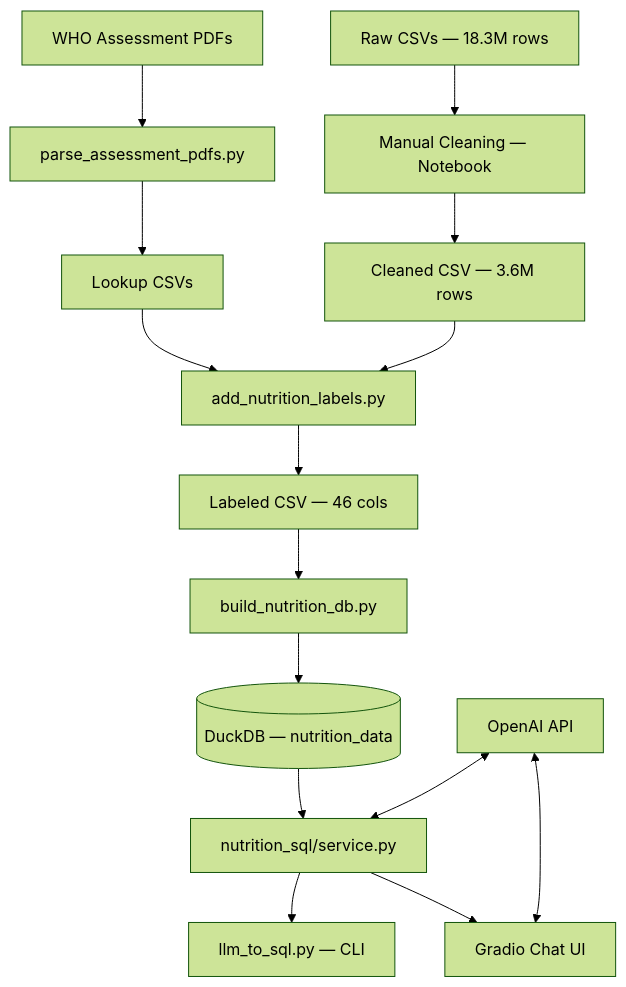
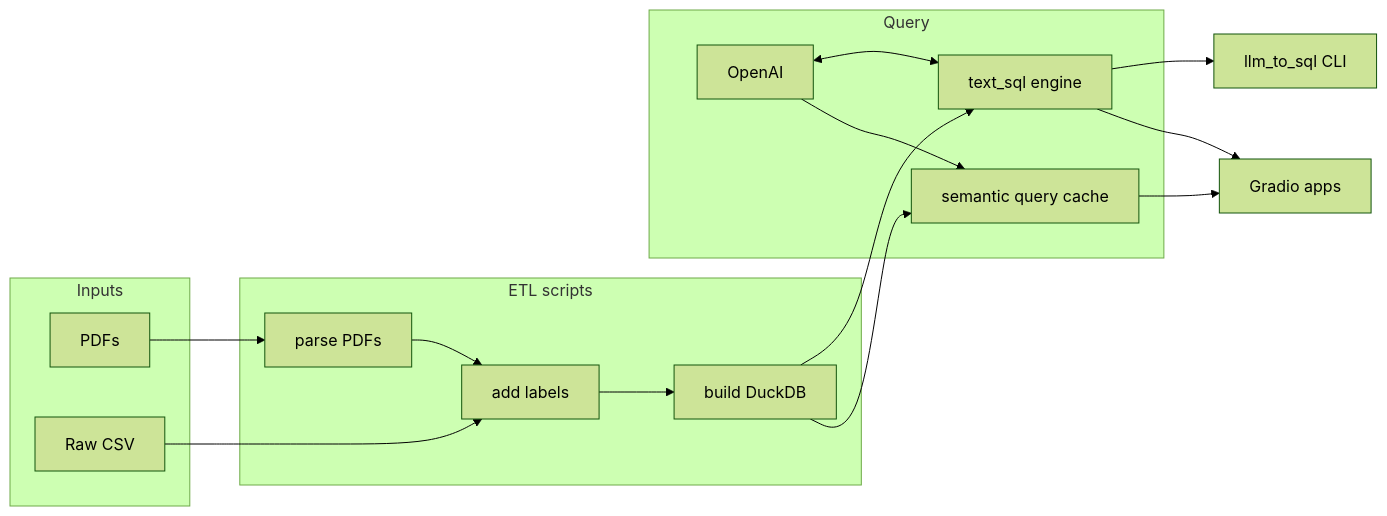
One commit to Hrsh-12/talk2data changed the diagram in docs/Codebase.md. Above: the diagram before and after it, drawn with Mermaid (forest theme). The commit also changed other lines of this file and 45 other files, not shown here.

````diff
--- a/docs/Codebase.md
+++ b/docs/Codebase.md
@@ -113,17 +92,28 @@
 ```mermaid
-flowchart TD
-    A[WHO Assessment PDFs] --> B[parse_assessment_pdfs.py]
-    B --> C[Lookup CSVs]
-    D[Raw CSVs — 18.3M rows] --> E[Manual Cleaning — Notebook]
-    E --> F[Cleaned CSV — 3.6M rows]
-    C --> G[add_nutrition_labels.py]
-    F --> G
-    G --> H[Labeled CSV — 46 cols]
-    H --> I[build_nutrition_db.py]
-    I --> J[(DuckDB — nutrition_data)]
-    J --> K[nutrition_sql/service.py]
-    L[OpenAI API] <--> K
-    K --> M[llm_to_sql.py — CLI]
-    K --> N[Gradio Chat UI]
-    L <--> N
+flowchart LR
+  subgraph inputs [Inputs]
+    PDFs[PDFs]
+    Raw[Raw CSV]
+  end
+  subgraph etl [ETL scripts]
+    S1[parse PDFs]
+    S2[add labels]
+    S3[build DuckDB]
+  end
+  subgraph q [Query]
+    E[text_sql engine]
+    C[semantic query cache]
+    API[OpenAI]
+  end
+  PDFs --> S1
+  Raw --> S2
+  S1 --> S2
+  S2 --> S3
+  S3 --> E
+  S3 --> C
+  API <--> E
+  API --> C
+  C --> UI
+  E --> CLI[llm_to_sql CLI]
+  E --> UI[Gradio apps]
 ```
````
